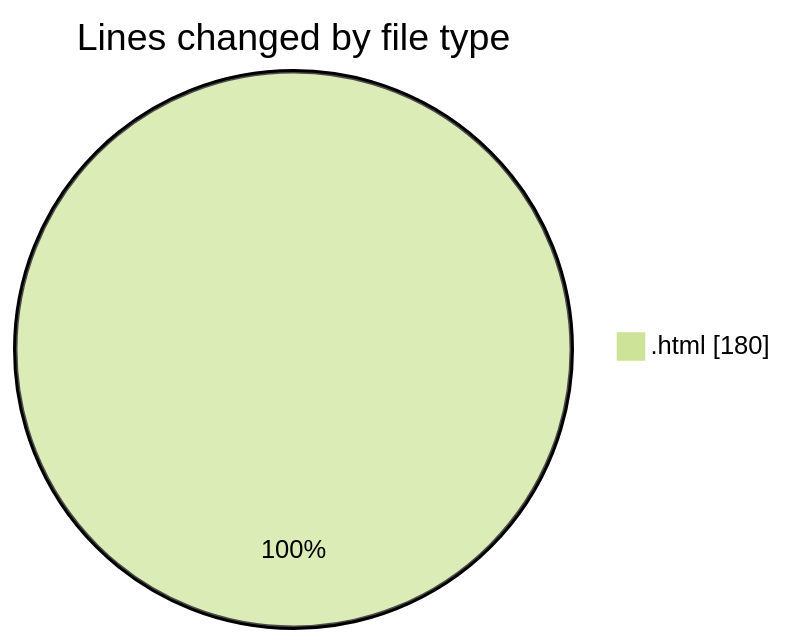
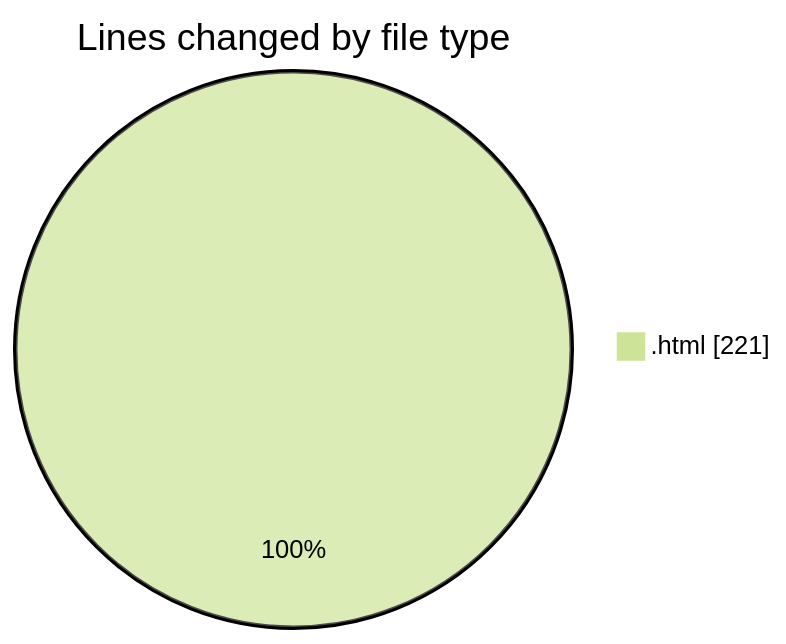
One commit to momahboobian/code-tracking changed the first of 2 diagrams in 2025-05-15/news-clock-system-caspercg/README.md. Above: the diagram before and after it, drawn with Mermaid (forest theme). The commit also changed other lines of this file and 1 other file, not shown here.

````diff
--- a/2025-05-15/news-clock-system-caspercg/README.md
+++ b/2025-05-15/news-clock-system-caspercg/README.md
@@ -20,5 +20,5 @@
 ```mermaid
 pie showData
 title Lines changed by file type
-".html" : 180
+".html" : 221
 ```
````
